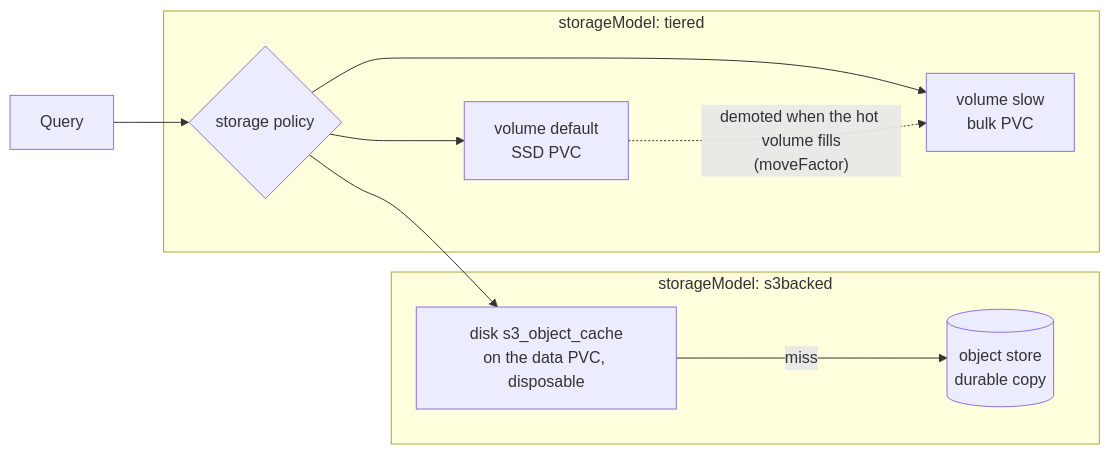
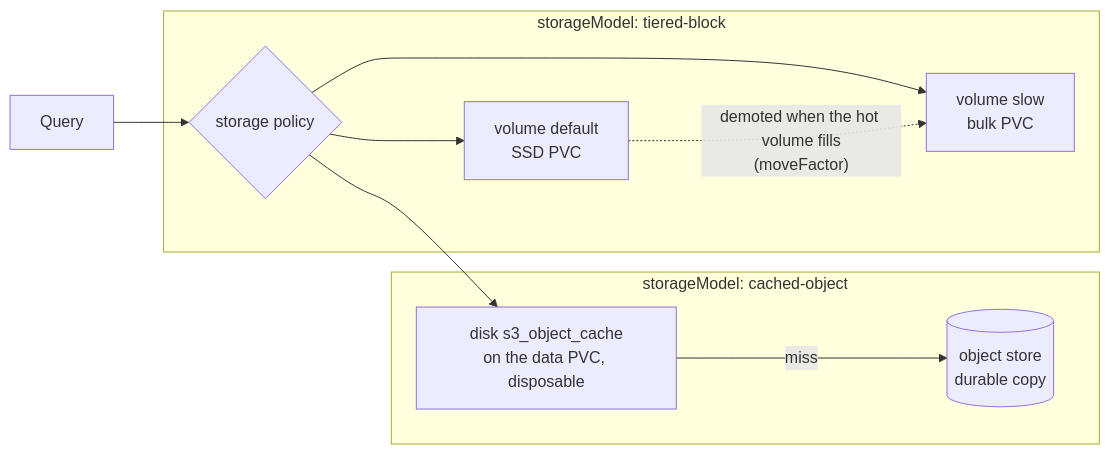
The diagram in docs/deployment/clickhouse-tiering.md (hyperi-io/dfe-infra), drawn with Mermaid before and after one commit. The commit also changed other lines of this file and 20 other files, not shown here.

````diff
--- a/docs/deployment/clickhouse-tiering.md
+++ b/docs/deployment/clickhouse-tiering.md
@@ -24,13 +31,13 @@
 ```mermaid
 flowchart LR
     Q[Query] --> P{storage policy}
-    subgraph tiered["storageModel: tiered"]
+    subgraph tieredblock["storageModel: tiered-block"]
         P --> H["volume default<br/>SSD PVC"]
         P --> C["volume slow<br/>bulk PVC"]
         H -. "demoted when the hot volume fills<br/>(moveFactor)" .-> C
     end
-    subgraph s3backed["storageModel: s3backed"]
+    subgraph cachedobject["storageModel: cached-object"]
         P --> W["disk s3_object_cache<br/>on the data PVC, disposable"]
         W -- "miss" --> O[("object store<br/>durable copy")]
     end
 ```
````
